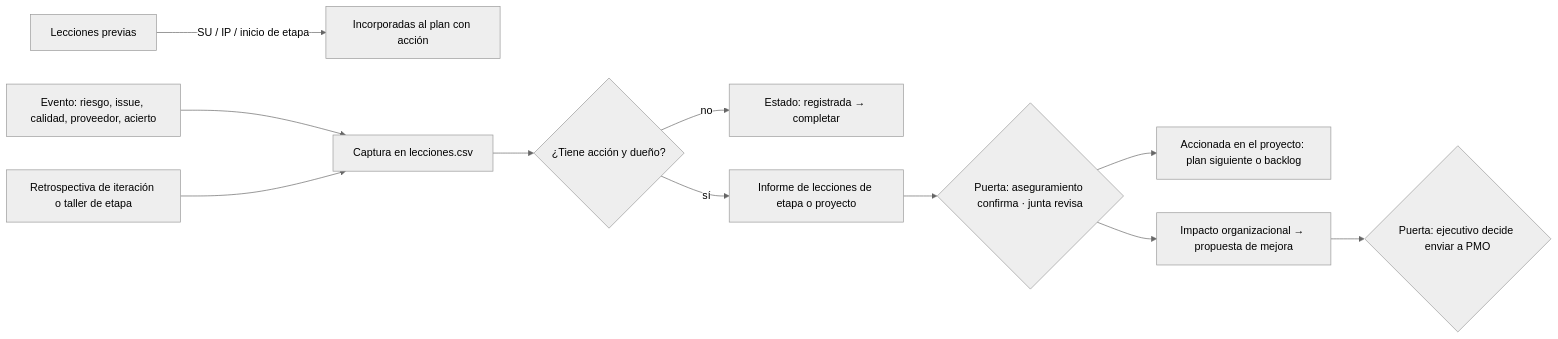
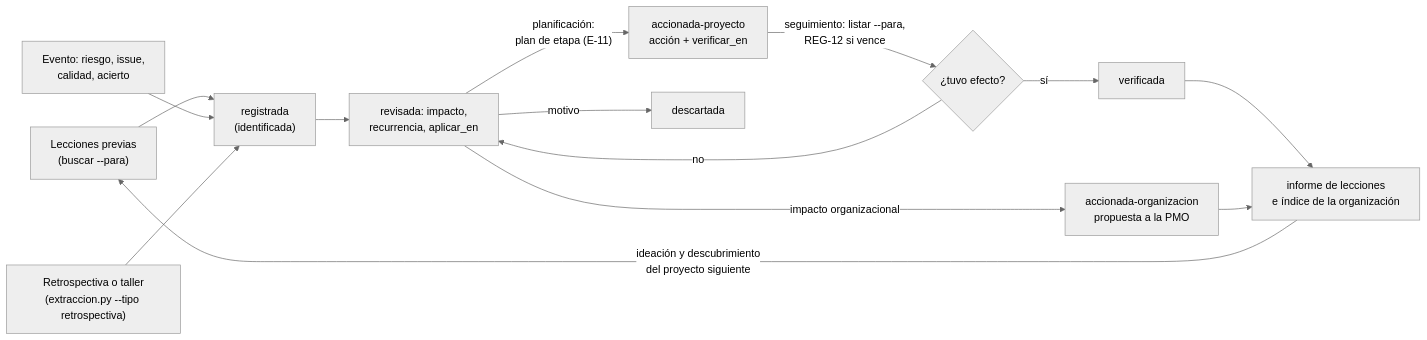
Before and after one commit to Arturo-Penas-Rial/pm-method: the diagram in skills/pm-lecciones-aprendidas/references/guia.md, drawn with Mermaid (neutral theme). The commit also changed other lines of this file and 284 other files, not shown here.

Commit message:
pm-method 2.4.0: contingencias, personas, radar, lecciones, impacto, auditoría y material de formación

````diff
--- a/skills/pm-lecciones-aprendidas/references/guia.md
+++ b/skills/pm-lecciones-aprendidas/references/guia.md
@@ -32,13 +41,16 @@
 ```mermaid
 flowchart LR
-    A[Lecciones previas] -- SU / IP / inicio de etapa --> B[Incorporadas al plan con acción]
-    C[Evento: riesgo, issue, calidad, proveedor, acierto] --> D[Captura en lecciones.csv]
-    E[Retrospectiva de iteración o taller de etapa] --> D
-    D --> F{¿Tiene acción y dueño?}
-    F -- no --> G[Estado: registrada → completar]
-    F -- sí --> H[Informe de lecciones de etapa o proyecto]
-    H --> I{Puerta: aseguramiento confirma · junta revisa}
-    I --> J[Accionada en el proyecto: plan siguiente o backlog]
-    I --> K[Impacto organizacional → propuesta de mejora]
-    K --> L{Puerta: ejecutivo decide enviar a PMO}
+    A["Lecciones previas<br/>(buscar --para)"] --> D
+    C["Evento: riesgo, issue,<br/>calidad, acierto"] --> D["registrada<br/>(identificada)"]
+    E["Retrospectiva o taller<br/>(extraccion.py --tipo retrospectiva)"] --> D
+    D --> F["revisada: impacto,<br/>recurrencia, aplicar_en"]
+    F -->|"planificación:<br/>plan de etapa (E-11)"| G["accionada-proyecto<br/>acción + verificar_en"]
+    F -->|"impacto organizacional"| K["accionada-organizacion<br/>propuesta a la PMO"]
+    F -->|"motivo"| X["descartada"]
+    G -->|"seguimiento: listar --para,<br/>REG-12 si vence"| V{"¿tuvo efecto?"}
+    V -->|"sí"| H["verificada"]
+    V -->|"no"| F
+    H --> I["informe de lecciones<br/>e índice de la organización"]
+    K --> I
+    I -->|"ideación y descubrimiento<br/>del proyecto siguiente"| A
 ```
````
